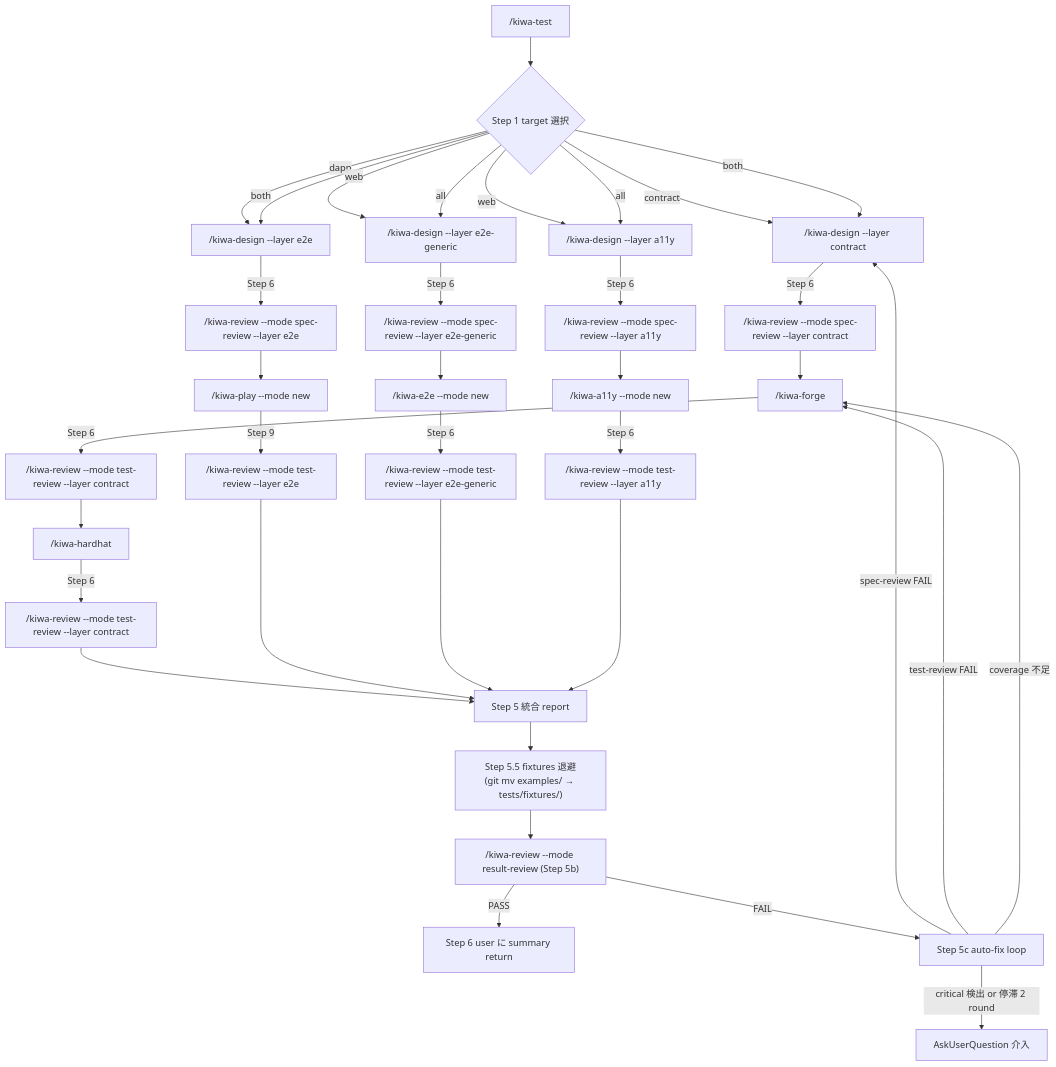
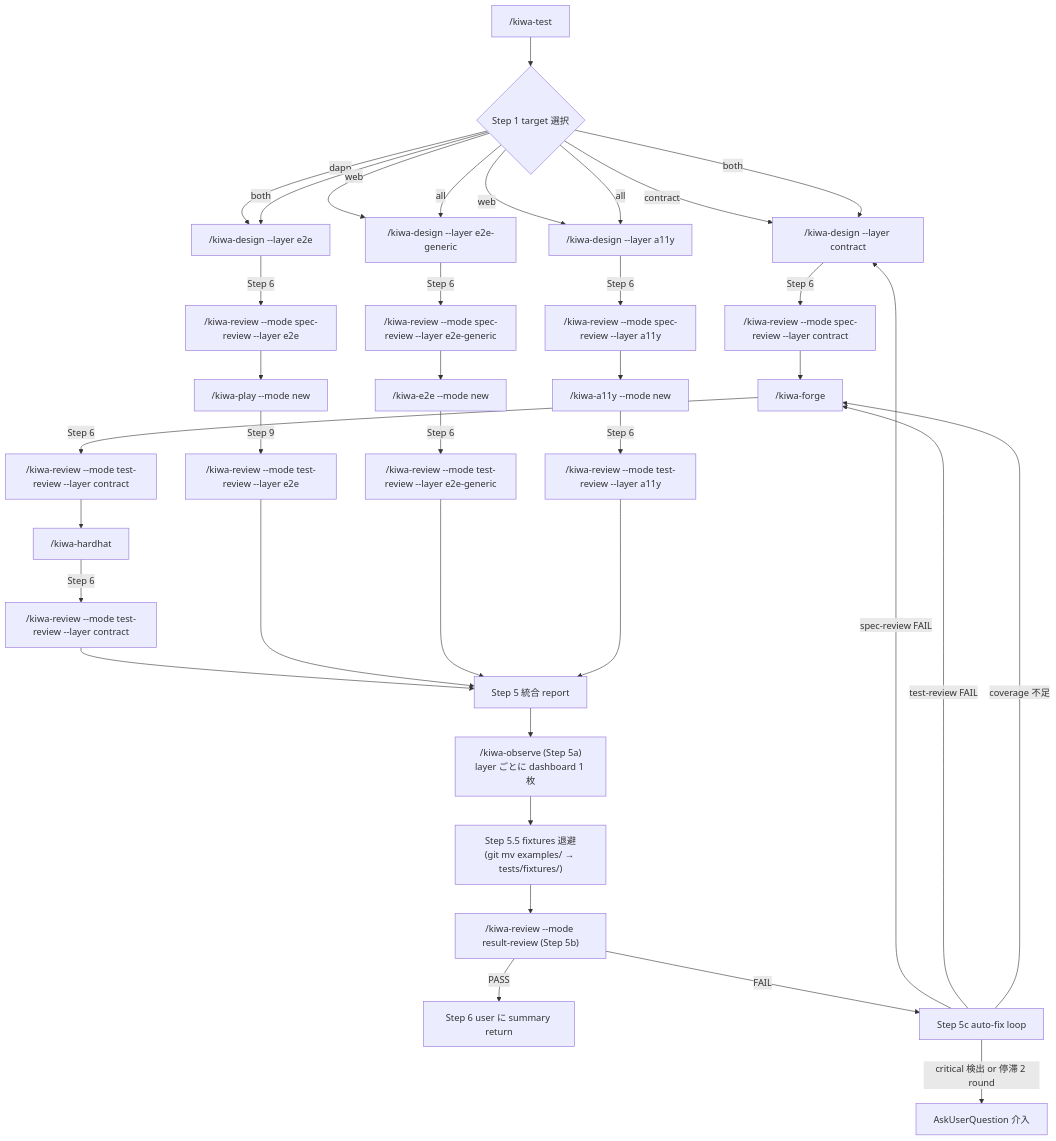
One commit to cardene777/kiwa changed the diagram in .claude/skills/kiwa-test/SKILL.md. Above: the diagram before and after it, drawn with Mermaid. The commit also changed other lines of this file and 3 other files, not shown here.

First line of the commit message:
✨ feat(skill): kiwa-observe を /kiwa-test の chain に配線する (#1895)

````diff
--- a/.claude/skills/kiwa-test/SKILL.md
+++ b/.claude/skills/kiwa-test/SKILL.md
@@ -593,38 +645,39 @@
 ```mermaid
 graph TD
     A["/kiwa-test"] --> B{Step 1 target 選択}
     B -->|contract| C1["/kiwa-design --layer contract"]
     B -->|dapp| D1["/kiwa-design --layer e2e"]
     B -->|web| W1["/kiwa-design --layer e2e-generic"]
     B -->|web| W3["/kiwa-design --layer a11y"]
     B -->|both| C1
     B -->|both| D1
     B -->|all| W1
     B -->|all| W3
     C1 -->|Step 6| R1["/kiwa-review --mode spec-review --layer contract"]
     R1 --> C2["/kiwa-forge"]
     C2 -->|Step 6| R2["/kiwa-review --mode test-review --layer contract"]
     R2 --> C3["/kiwa-hardhat"]
     C3 -->|Step 6| R3["/kiwa-review --mode test-review --layer contract"]
     D1 -->|Step 6| R4["/kiwa-review --mode spec-review --layer e2e"]
     R4 --> D2["/kiwa-play --mode new"]
     D2 -->|Step 9| R5["/kiwa-review --mode test-review --layer e2e"]
     W1 -->|Step 6| RW1["/kiwa-review --mode spec-review --layer e2e-generic"]
     RW1 --> W2["/kiwa-e2e --mode new"]
     W2 -->|Step 6| RW2["/kiwa-review --mode test-review --layer e2e-generic"]
     W3 -->|Step 6| RW3["/kiwa-review --mode spec-review --layer a11y"]
     RW3 --> W4["/kiwa-a11y --mode new"]
     W4 -->|Step 6| RW4["/kiwa-review --mode test-review --layer a11y"]
     R3 --> E["Step 5 統合 report"]
     R5 --> E
     RW2 --> E
     RW4 --> E
-    E --> M["Step 5.5 fixtures 退避<br>(git mv examples/ → tests/fixtures/)"]
+    E --> O["/kiwa-observe (Step 5a)<br>layer ごとに dashboard 1 枚"]
+    O --> M["Step 5.5 fixtures 退避<br>(git mv examples/ → tests/fixtures/)"]
     M --> R6["/kiwa-review --mode result-review (Step 5b)"]
     R6 -->|PASS| F["Step 6 user に summary return"]
     R6 -->|FAIL| L["Step 5c auto-fix loop"]
     L -->|spec-review FAIL| C1
     L -->|test-review FAIL| C2
     L -->|coverage 不足| C2
     L -->|critical 検出 or 停滞 2 round| F2["AskUserQuestion 介入"]
 ```
````
